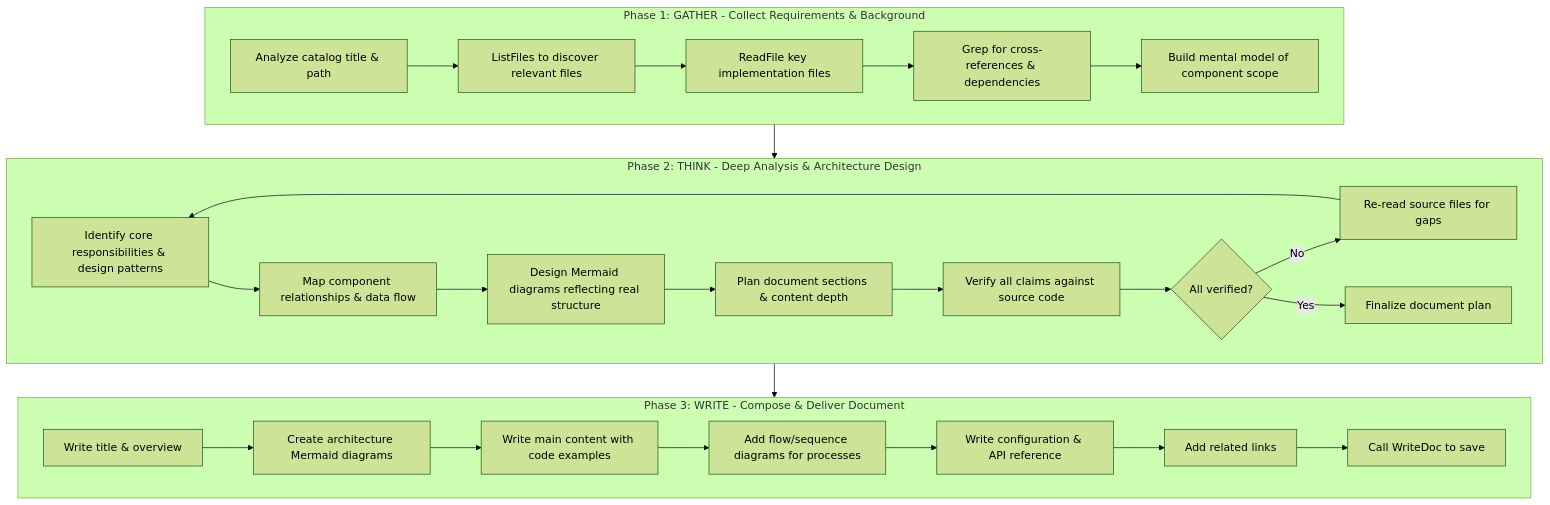
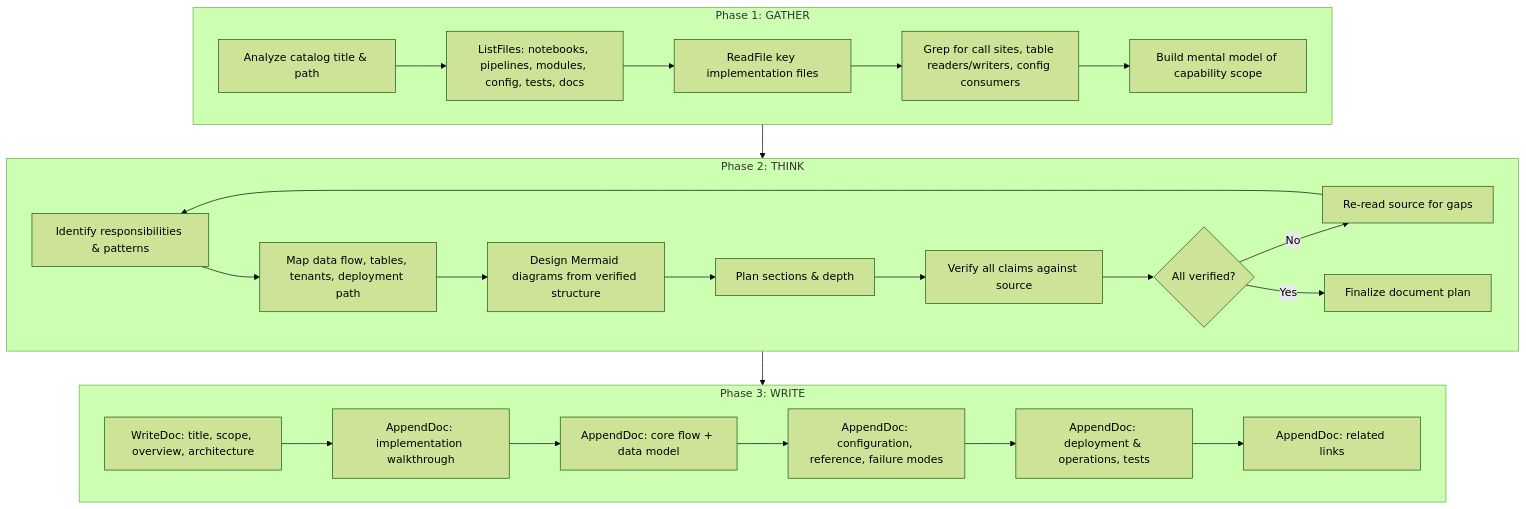
The first of 8 diagrams in src/OpenDeepWiki/prompts/content-generator.md (cachatj/antigravity-deepwiki), drawn with Mermaid (forest theme) before and after one commit. The commit also changed other lines of this file and 16 other files, not shown here.

First line of the commit message:
Add incremental updater and mind map generator prompts

````diff
--- a/src/OpenDeepWiki/prompts/content-generator.md
+++ b/src/OpenDeepWiki/prompts/content-generator.md
@@ -225,31 +273,30 @@
 ```mermaid
 flowchart TD
-    subgraph Phase1["Phase 1: GATHER - Collect Requirements & Background"]
-        A1[Analyze catalog title & path] --> A2[ListFiles to discover relevant files]
-        A2 --> A3[ReadFile key implementation files]
-        A3 --> A4[Grep for cross-references & dependencies]
-        A4 --> A5[Build mental model of component scope]
+    subgraph sg_Phase1["Phase 1: GATHER"]
+        A1["Analyze catalog title & path"] --> A2["ListFiles: notebooks, pipelines, modules, config, tests, docs"]
+        A2 --> A3["ReadFile key implementation files"]
+        A3 --> A4["Grep for call sites, table readers/writers, config consumers"]
+        A4 --> A5["Build mental model of capability scope"]
     end
 
-    subgraph Phase2["Phase 2: THINK - Deep Analysis & Architecture Design"]
-        B1[Identify core responsibilities & design patterns] --> B2[Map component relationships & data flow]
-        B2 --> B3[Design Mermaid diagrams reflecting real structure]
-        B3 --> B4[Plan document sections & content depth]
-        B4 --> B5[Verify all claims against source code]
-        B5 --> B6{All verified?}
-        B6 -->|No| B7[Re-read source files for gaps]
+    subgraph sg_Phase2["Phase 2: THINK"]
+        B1["Identify responsibilities & patterns"] --> B2["Map data flow, tables, tenants, deployment path"]
+        B2 --> B3["Design Mermaid diagrams from verified structure"]
+        B3 --> B4["Plan sections & depth"]
+        B4 --> B5["Verify all claims against source"]
+        B5 --> B6{"All verified?"}
+        B6 -->|"No"| B7["Re-read source for gaps"]
         B7 --> B1
-        B6 -->|Yes| B8[Finalize document plan]
+        B6 -->|"Yes"| B8["Finalize document plan"]
     end
 
-    subgraph Phase3["Phase 3: WRITE - Compose & Deliver Document"]
-        C1[Write title & overview] --> C2[Create architecture Mermaid diagrams]
-        C2 --> C3[Write main content with code examples]
-        C3 --> C4[Add flow/sequence diagrams for processes]
-        C4 --> C5[Write configuration & API reference]
-        C5 --> C6[Add related links]
-        C6 --> C7[Call WriteDoc to save]
+    subgraph sg_Phase3["Phase 3: WRITE"]
+        C1["WriteDoc: title, scope, overview, architecture"] --> C2["AppendDoc: implementation walkthrough"]
+        C2 --> C3["AppendDoc: core flow + data model"]
+        C3 --> C4["AppendDoc: configuration, reference, failure modes"]
+        C4 --> C5["AppendDoc: deployment & operations, tests"]
+        C5 --> C6["AppendDoc: related links"]
     end
 
-    Phase1 --> Phase2 --> Phase3
+    sg_Phase1 --> sg_Phase2 --> sg_Phase3
 ```
````
